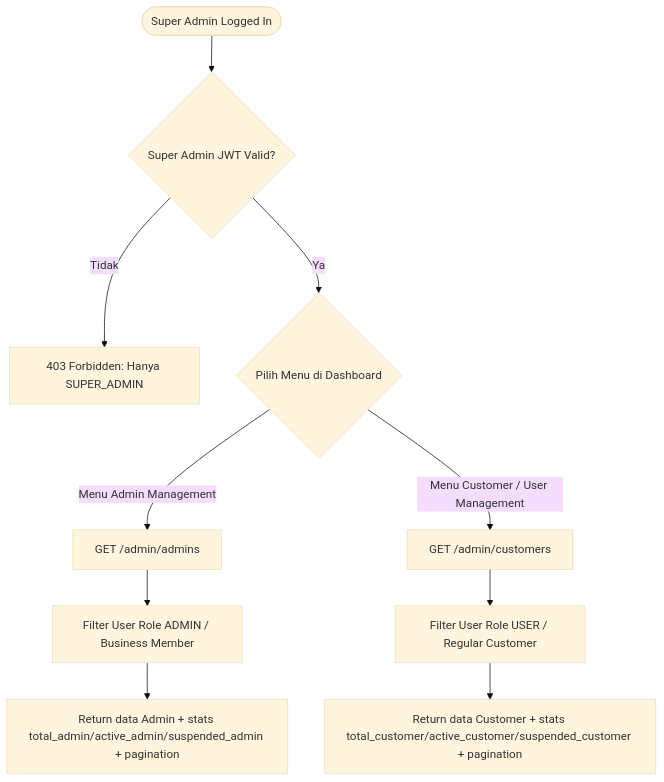
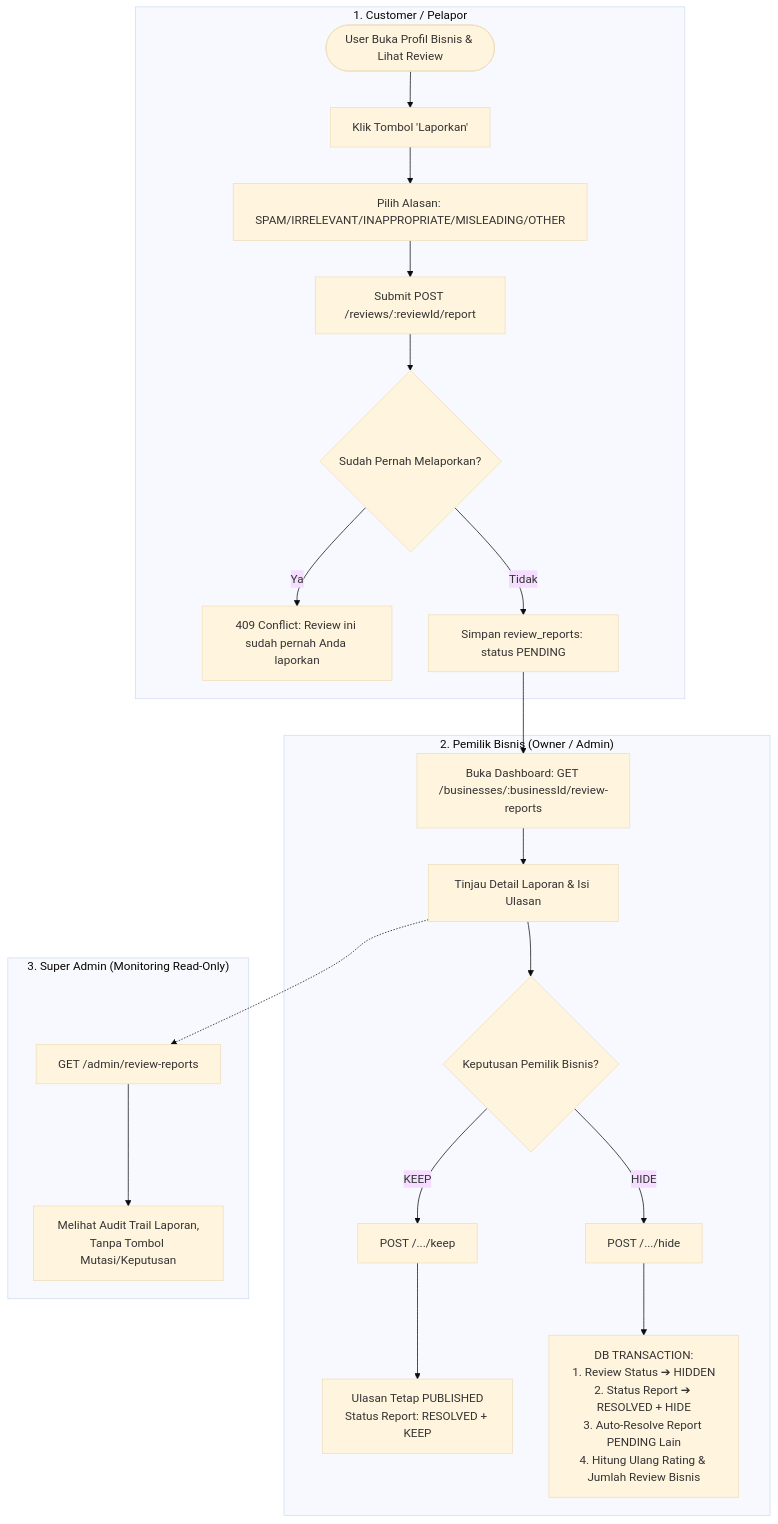
One commit to Zanfuu/api_service changed the diagram in flow.md. Above: the diagram before and after it, drawn with Mermaid (base theme). The commit also changed other lines of this file and 12 other files, not shown here.

Commit message:
Review report

````diff
--- a/flow.md
+++ b/flow.md
@@ -23,16 +9,33 @@
 ```mermaid
 flowchart TD
-    Start([Super Admin Logged In]) --> AuthCheck{Super Admin JWT Valid?}
-    AuthCheck -- Tidak --> Return403[403 Forbidden: Hanya SUPER_ADMIN]
-    AuthCheck -- Ya --> SelectMenu{Pilih Menu di Dashboard}
+    %% USER FLOW
+    subgraph UserFlow["1. Customer / Pelapor"]
+        U1([User Buka Profil Bisnis & Lihat Review]) --> U2[Klik Tombol 'Laporkan']
+        U2 --> U3[Pilih Alasan: SPAM/IRRELEVANT/INAPPROPRIATE/MISLEADING/OTHER]
+        U3 --> U4[Submit POST /reviews/:reviewId/report]
+        U4 --> CheckDup{Sudah Pernah Melaporkan?}
+        CheckDup -- Ya --> Error409[409 Conflict: Review ini sudah pernah Anda laporkan]
+        CheckDup -- Tidak --> SaveReport[Simpan review_reports: status PENDING]
+    end
 
-    %% MENU ADMIN
-    SelectMenu -- Menu Admin Management --> ReqAdmins[GET /admin/admins]
-    ReqAdmins --> FetchAdmins[Filter User Role ADMIN / Business Member]
-    FetchAdmins --> RespAdmins[Return data Admin + stats total_admin/active_admin/suspended_admin + pagination]
+    %% BUSINESS DASHBOARD FLOW
+    subgraph BusinessFlow["2. Pemilik Bisnis (Owner / Admin)"]
+        SaveReport --> B1[Buka Dashboard: GET /businesses/:businessId/review-reports]
+        B1 --> B2[Tinjau Detail Laporan & Isi Ulasan]
+        B2 --> Choice{Keputusan Pemilik Bisnis?}
 
-    %% MENU CUSTOMER
-    SelectMenu -- Menu Customer / User Management --> ReqCustomers[GET /admin/customers]
-    ReqCustomers --> FetchCustomers[Filter User Role USER / Regular Customer]
-    FetchCustomers --> RespCustomers[Return data Customer + stats total_customer/active_customer/suspended_customer + pagination]
+        %% KEEP CHOICE
+        Choice -- KEEP --> KeepAction[POST /.../keep]
+        KeepAction --> KeepResult[Ulasan Tetap PUBLISHED<br/>Status Report: RESOLVED + KEEP]
+
+        %% HIDE CHOICE
+        Choice -- HIDE --> HideAction[POST /.../hide]
+        HideAction --> Transaction[DB TRANSACTION:<br/>1. Review Status ➔ HIDDEN<br/>2. Status Report ➔ RESOLVED + HIDE<br/>3. Auto-Resolve Report PENDING Lain<br/>4. Hitung Ulang Rating & Jumlah Review Bisnis]
+    end
+
+    %% SUPER ADMIN FLOW
+    subgraph AdminFlow["3. Super Admin (Monitoring Read-Only)"]
+        B2 -.-> AdminMonitor[GET /admin/review-reports]
+        AdminMonitor --> AdminView[Melihat Audit Trail Laporan,<br/>Tanpa Tombol Mutasi/Keputusan]
+    end
 ```
````
